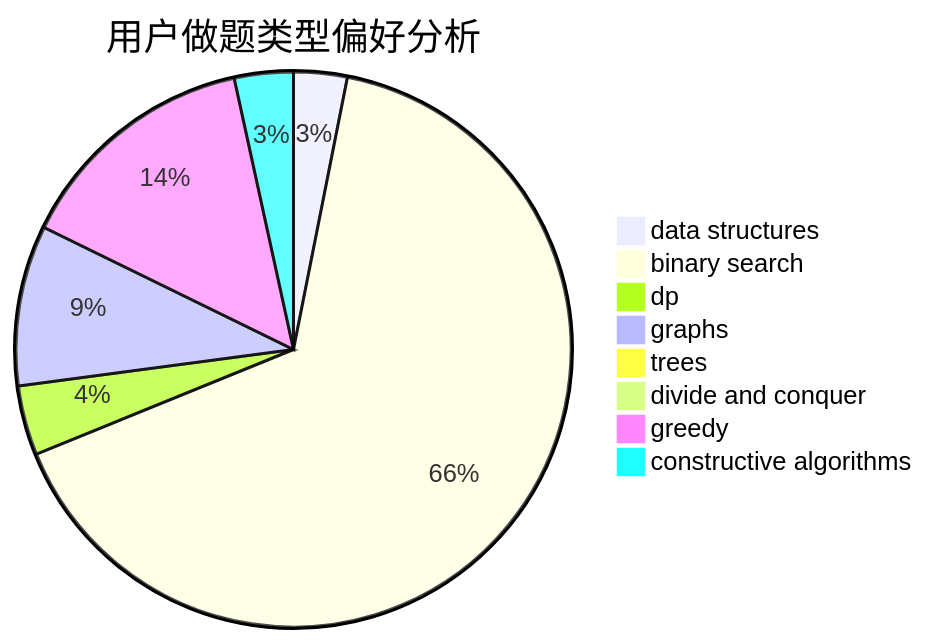
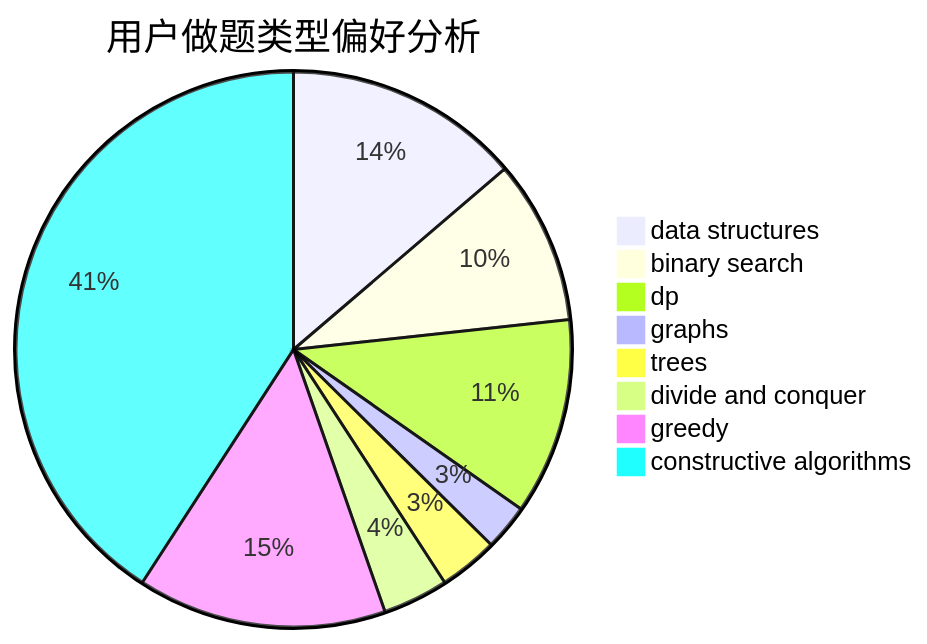
Before and after one commit to sherpahu/cfrs.github.io: the second of 3 diagrams in docs/user/u1029.md, drawn with Mermaid. The commit also changed other lines of this file and 2770 other files, not shown here.

````diff
--- a/docs/user/u1029.md
+++ b/docs/user/u1029.md
@@ -23,11 +23,11 @@
 ```mermaid
 pie title 用户做题类型偏好分析
-    "data structures" :  10
-    "binary search" :  211
-    "dp" :  13
-    "graphs" :  30
-    "trees" :  0
-    "divide and conquer" :  1
-    "greedy" :  46
-    "constructive algorithms" :  11
+    "data structures" :  36
+    "binary search" :  25
+    "dp" :  30
+    "graphs" :  7
+    "trees" :  9
+    "divide and conquer" :  10
+    "greedy" :  38
+    "constructive algorithms" :  107
 ```
````
